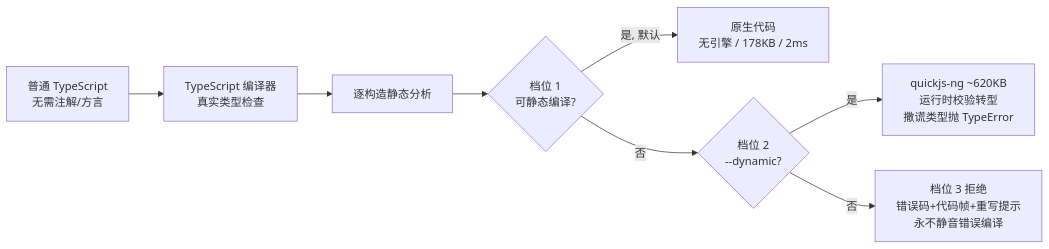
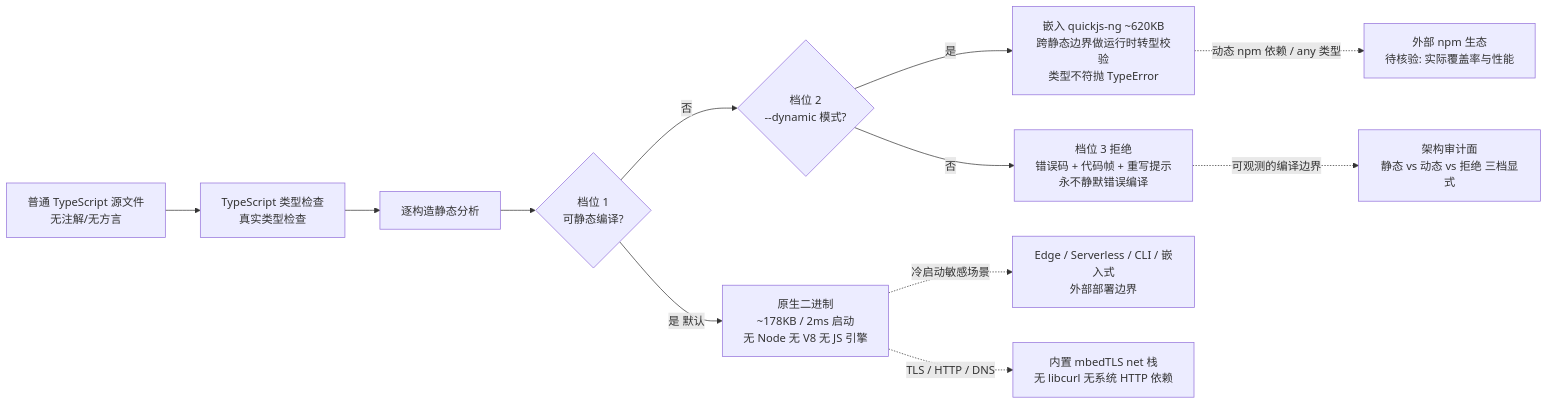
The diagram in projects/scriptc.md (aiutil/github-researcher), drawn with Mermaid before and after one commit. The commit also changed other lines of this file and 939 other files, not shown here.

Commit message:
feat: add architect briefs and Mermaid project maps

````diff
--- a/projects/scriptc.md
+++ b/projects/scriptc.md
@@ -43,10 +56,14 @@
 ```mermaid
 flowchart LR
-    TS["普通 TypeScript<br/>无需注解/方言"] --> TC["TypeScript 编译器<br/>真实类型检查"]
-    TC --> ANA["逐构造静态分析"]
-    ANA --> S1{"档位 1<br/>可静态编译?"}
-    S1 -->|是, 默认| NAT["原生代码<br/>无引擎 / 178KB / 2ms"]
-    S1 -->|否| S2{"档位 2<br/>--dynamic?"}
-    S2 -->|是| QJS["quickjs-ng ~620KB<br/>运行时校验转型<br/>撒谎类型抛 TypeError"]
-    S2 -->|否| REJ["档位 3 拒绝<br/>错误码+代码帧+重写提示<br/>永不静音错误编译"]
+  TS[普通 TypeScript 源文件<br/>无注解/无方言] --> TC[TypeScript 类型检查<br/>真实类型检查]
+  TC --> ANA[逐构造静态分析]
+  ANA --> D1{档位 1<br/>可静态编译?}
+  D1 -->|是 默认| NAT[原生二进制<br/>~178KB / 2ms 启动<br/>无 Node 无 V8 无 JS 引擎]
+  D1 -->|否| D2{档位 2<br/>--dynamic 模式?}
+  D2 -->|是| QJS[嵌入 quickjs-ng ~620KB<br/>跨静态边界做运行时转型校验<br/>类型不符抛 TypeError]
+  D2 -->|否| REJ[档位 3 拒绝<br/>错误码 + 代码帧 + 重写提示<br/>永不静默错误编译]
+  NAT -.冷启动敏感场景.-> EDGE[Edge / Serverless / CLI / 嵌入式<br/>外部部署边界]
+  QJS -.动态 npm 依赖 / any 类型.-> NPM[外部 npm 生态<br/>待核验: 实际覆盖率与性能]
+  NAT -. TLS / HTTP / DNS .-> MBED[内置 mbedTLS net 栈<br/>无 libcurl 无系统 HTTP 依赖]
+  REJ -. 可观测的编译边界 .-> AUDIT[架构审计面<br/>静态 vs 动态 vs 拒绝 三档显式]
 ```
````
